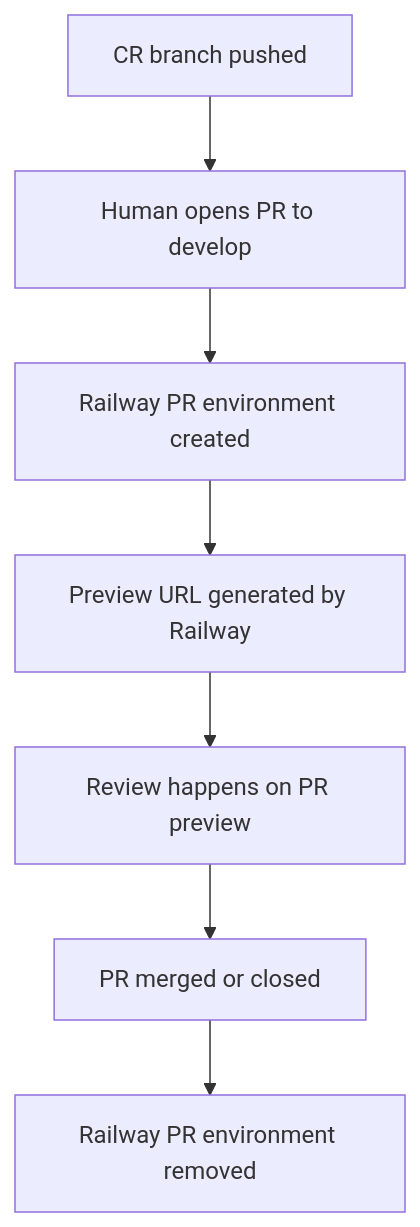
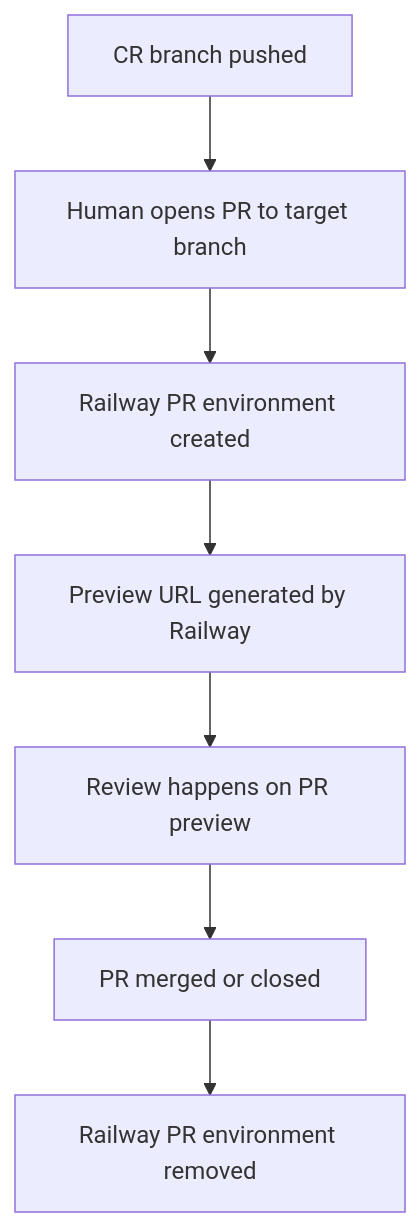
One commit to superprismio/prism-railway-template changed the fifth of 7 diagrams in docs/change-request-flow.md. Above: the diagram before and after it, drawn with Mermaid. The commit also changed other lines of this file and 7 other files, not shown here.

````diff
--- a/docs/change-request-flow.md
+++ b/docs/change-request-flow.md
@@ -122,9 +104,9 @@
 ```mermaid
 flowchart TD
-    A[CR branch pushed] --> B[Human opens PR to develop]
+    A[CR branch pushed] --> B[Human opens PR to target branch]
     B --> C[Railway PR environment created]
     C --> D[Preview URL generated by Railway]
     D --> E[Review happens on PR preview]
     E --> F[PR merged or closed]
     F --> G[Railway PR environment removed]
 ```
````
